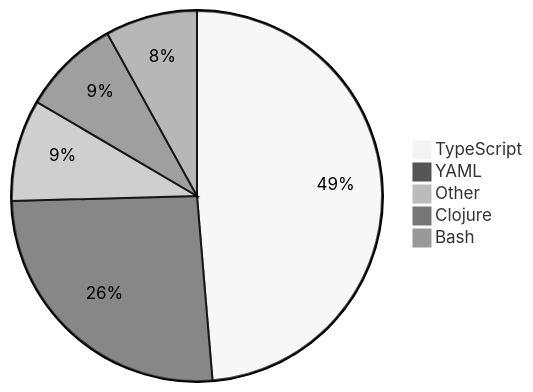
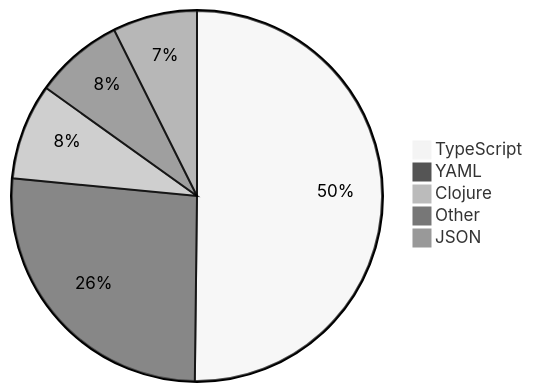
One commit to skvggor/skvggor changed the diagram in README.md. Above: the diagram before and after it, drawn with Mermaid (neutral theme).

Commit message:
Updated waka-readme graph with new metrics

````diff
--- a/README.md
+++ b/README.md
@@ -28,8 +28,8 @@
 ```mermaid
 pie
-    "TypeScript" : 40.0
-    "YAML" : 21.3
-    "Other" : 7.3
-    "Clojure" : 7.0
-    "Bash" : 6.6
+    "TypeScript" : 40.2
+    "YAML" : 21.1
+    "Clojure" : 6.7
+    "Other" : 6.2
+    "JSON" : 5.9
 ```
````
